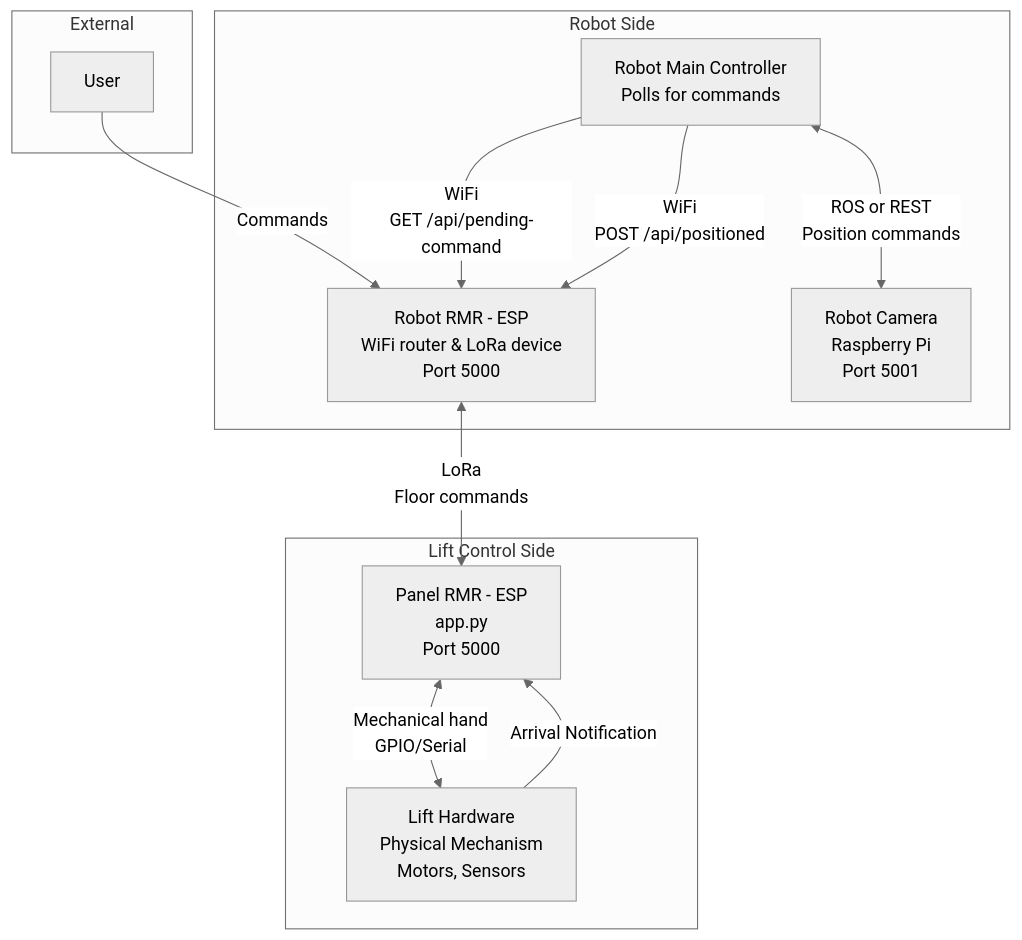
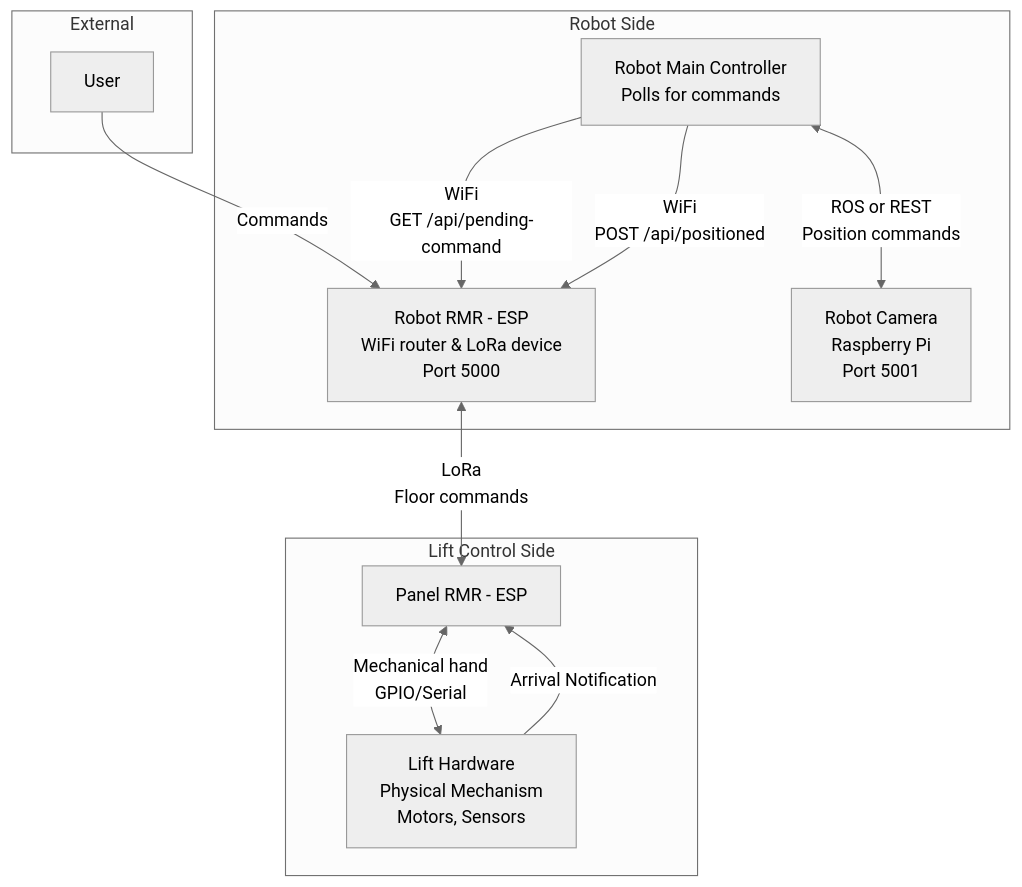
The second of 2 diagrams in senthil_version_sequence_diagram.md (in-is-ah/rmr), drawn with Mermaid (neutral theme) before and after one commit. The commit also changed other lines of this file, not shown here.

Commit message:
Update sequence diagram for Panel RMR label

````diff
--- a/senthil_version_sequence_diagram.md
+++ b/senthil_version_sequence_diagram.md
@@ -51,25 +51,25 @@
 ```mermaid
 graph TB
     subgraph "External"
         User[User]
     end
     
     subgraph "Robot Side"
         RobotRMR[Robot RMR - ESP<br/>WiFi router & LoRa device<br/>Port 5000]
         RobotMainController[Robot Main Controller<br/>Polls for commands]
         RobotCamera[Robot Camera<br/>Raspberry Pi<br/>Port 5001]
     end
     
     subgraph "Lift Control Side"
-        PanelRMR[Panel RMR - ESP<br/>app.py<br/>Port 5000]
+        PanelRMR[Panel RMR - ESP]
         LiftHardware[Lift Hardware<br/>Physical Mechanism<br/>Motors, Sensors]
     end
     
     User -->|Commands| RobotRMR
     RobotMainController -->|WiFi<br/>GET /api/pending-command| RobotRMR
     RobotMainController -->|WiFi<br/>POST /api/positioned| RobotRMR
     RobotMainController <-->|ROS or REST<br/>Position commands| RobotCamera
     RobotRMR <-->|LoRa<br/>Floor commands| PanelRMR
     PanelRMR <-->|Mechanical hand<br/>GPIO/Serial| LiftHardware
     LiftHardware -->|Arrival Notification| PanelRMR
 ```
````
